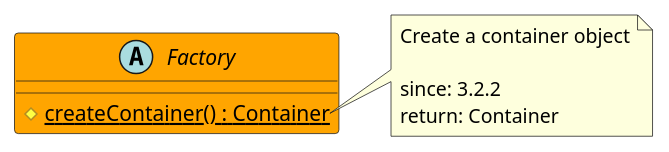
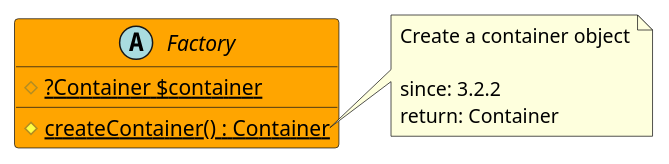
One commit to joomengine/super-powers changed the diagram in src/ff8d5fdb-2d1f-4178-bd18-a43b8efd1068/README.md. Above: the diagram before and after it, drawn with PlantUML. The commit also changed other lines of this file, not shown here.

````diff
--- a/src/ff8d5fdb-2d1f-4178-bd18-a43b8efd1068/README.md
+++ b/src/ff8d5fdb-2d1f-4178-bd18-a43b8efd1068/README.md
@@ -6,16 +6,17 @@
 ```uml
 @startuml
 
 abstract Factory  #Orange {
+  # {static} ?Container $container
   # {static} createContainer() : Container
 }
 
 note right of Factory::createContainer
   Create a container object
 
   since: 3.2.2
   return: Container
 end note
 
 @enduml
 ```
````
